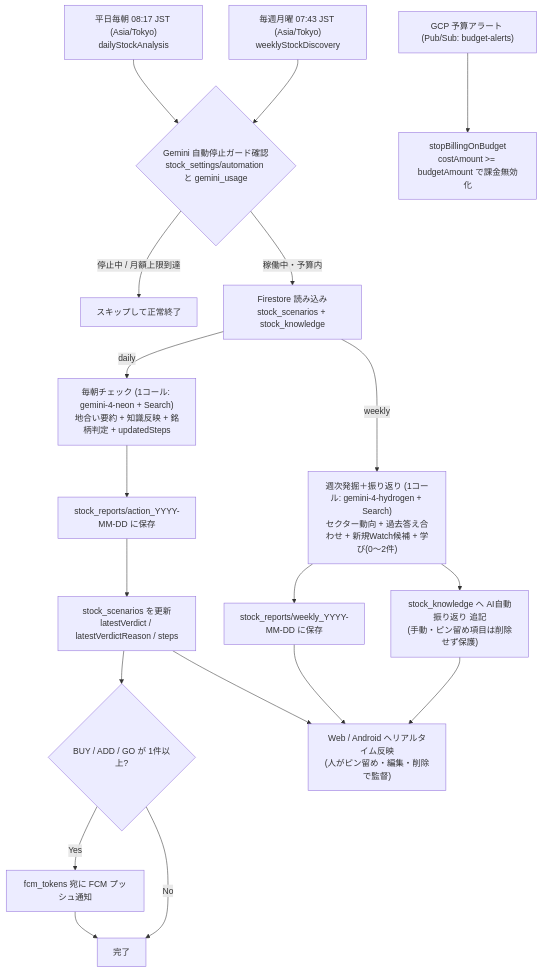
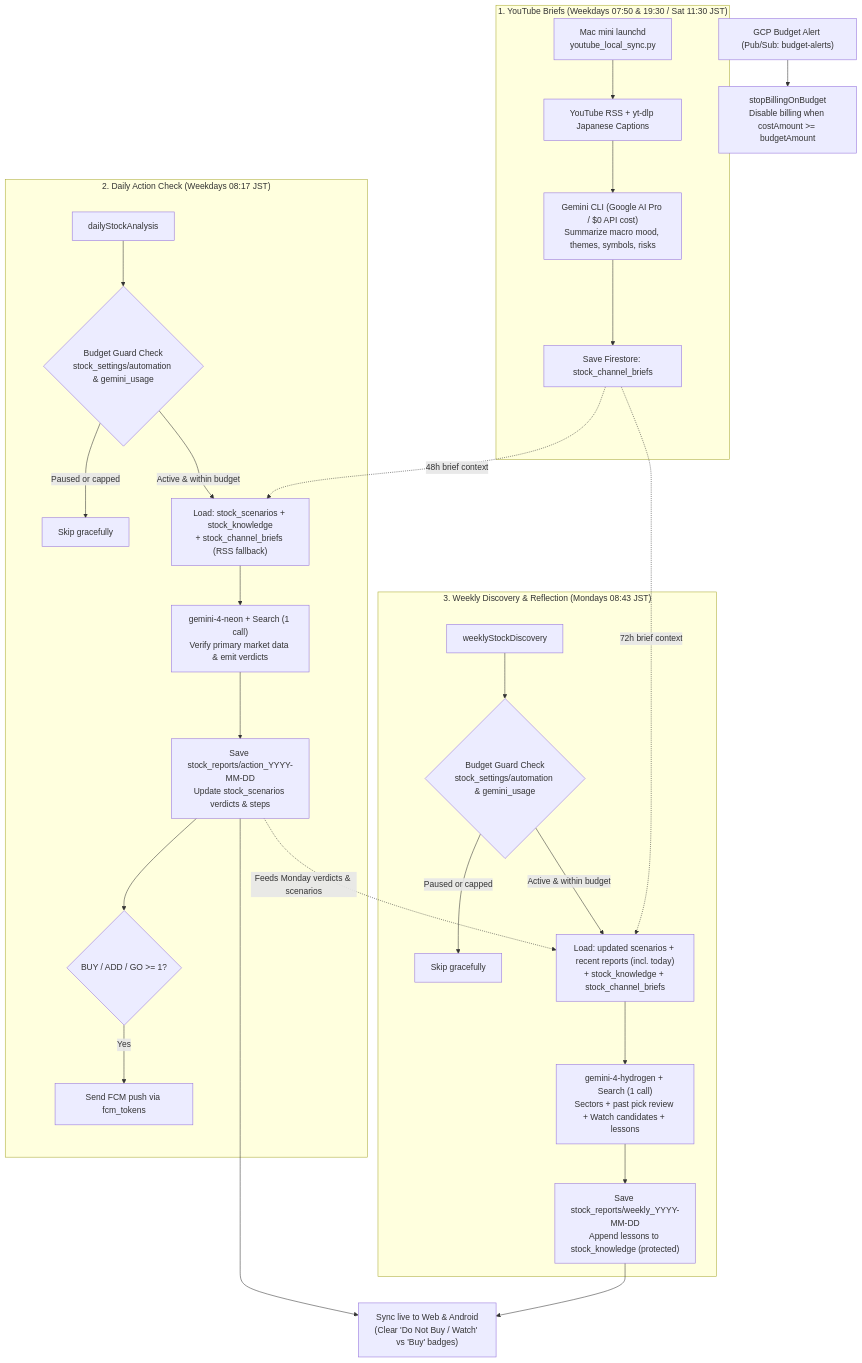
Before and after one commit to t10471/hibi: the diagram in docs/stock-analysis-flow.md, drawn with Mermaid. The commit also changed other lines of this file and 39 other files, not shown here.

Commit message:
feat(stock): integrate local YouTube market sync, clarify WATCH UI, modularize code & add AGENTS guides

````diff
--- a/docs/stock-analysis-flow.md
+++ b/docs/stock-analysis-flow.md
@@ -12,25 +15,35 @@
 ```mermaid
 flowchart TD
-    DailyTrig["平日毎朝 08:17 JST (Asia/Tokyo)\ndailyStockAnalysis"] --> Guard{"Gemini 自動停止ガード確認\nstock_settings/automation と gemini_usage"}
-    WeeklyTrig["毎週月曜 07:43 JST (Asia/Tokyo)\nweeklyStockDiscovery"] --> Guard
+    subgraph S1["1. YouTube Briefs (Weekdays 07:50 & 19:30 / Sat 11:30 JST)"]
+        YTLocal["Mac mini launchd\nyoutube_local_sync.py"] --> YTFetch["YouTube RSS + yt-dlp Japanese Captions"]
+        YTFetch --> GeminiCLI["Gemini CLI (Google AI Pro / $0 API cost)\nSummarize macro mood, themes, symbols, risks"]
+        GeminiCLI --> SaveBriefs["Save Firestore: stock_channel_briefs"]
+    end
 
-    Guard -- "停止中 / 月額上限到達" --> Skip["スキップして正常終了"]
-    Guard -- "稼働中・予算内" --> Load["Firestore 読み込み\nstock_scenarios + stock_knowledge"]
+    subgraph S2["2. Daily Action Check (Weekdays 08:17 JST)"]
+        DailyTrig["dailyStockAnalysis"] --> DailyGuard{"Budget Guard Check\nstock_settings/automation & gemini_usage"}
+        DailyGuard -- "Paused or capped" --> SkipD["Skip gracefully"]
+        DailyGuard -- "Active & within budget" --> DailyLoad["Load: stock_scenarios + stock_knowledge\n+ stock_channel_briefs (RSS fallback)"]
+        DailyLoad --> DailyCall["gemini-4-neon + Search (1 call)\nVerify primary market data & emit verdicts"]
+        DailyCall --> SaveAction["Save stock_reports/action_YYYY-MM-DD\nUpdate stock_scenarios verdicts & steps"]
+        SaveAction --> PushCheck{"BUY / ADD / GO >= 1?"}
+        PushCheck -- "Yes" --> FCM["Send FCM push via fcm_tokens"]
+    end
 
-    Load -- "daily" --> DailyCall["毎朝チェック (1コール: gemini-4-neon + Search)\n地合い要約 + 知識反映 + 銘柄判定 + updatedSteps"]
-    DailyCall --> SaveAction["stock_reports/action_YYYY-MM-DD に保存"]
-    SaveAction --> UpdateScenarios["stock_scenarios を更新\nlatestVerdict / latestVerdictReason / steps"]
-    UpdateScenarios --> PushCheck{"BUY / ADD / GO が 1件以上?"}
-    PushCheck -- "Yes" --> FCM["fcm_tokens 宛に FCM プッシュ通知"]
-    PushCheck -- "No" --> End["完了"]
-    FCM --> End
+    subgraph S3["3. Weekly Discovery & Reflection (Mondays 08:43 JST)"]
+        WeeklyTrig["weeklyStockDiscovery"] --> WeeklyGuard{"Budget Guard Check\nstock_settings/automation & gemini_usage"}
+        WeeklyGuard -- "Paused or capped" --> SkipW["Skip gracefully"]
+        WeeklyGuard -- "Active & within budget" --> WeeklyLoad["Load: updated scenarios + recent reports (incl. today)\n+ stock_knowledge + stock_channel_briefs"]
+        WeeklyLoad --> WeeklyCall["gemini-4-hydrogen + Search (1 call)\nSectors + past pick review + Watch candidates + lessons"]
+        WeeklyCall --> SaveWeekly["Save stock_reports/weekly_YYYY-MM-DD\nAppend lessons to stock_knowledge (protected)"]
+    end
 
-    Load -- "weekly" --> WeeklyCall["週次発掘＋振り返り (1コール: gemini-4-hydrogen + Search)\nセクター動向 + 過去答え合わせ + 新規Watch候補 + 学び(0〜2件)"]
-    WeeklyCall --> SaveWeekly["stock_reports/weekly_YYYY-MM-DD に保存"]
-    WeeklyCall --> SaveKnowledge["stock_knowledge へ AI自動振り返り 追記\n(手動・ピン留め項目は削除せず保護)"]
-    SaveKnowledge --> UI["Web / Android へリアルタイム反映\n(人がピン留め・編集・削除で監督)"]
+    SaveBriefs -. "48h brief context" .-> DailyLoad
+    SaveBriefs -. "72h brief context" .-> WeeklyLoad
+    SaveAction -. "Feeds Monday verdicts & scenarios" .-> WeeklyLoad
+
+    SaveAction --> UI["Sync live to Web & Android\n(Clear 'Do Not Buy / Watch' vs 'Buy' badges)"]
     SaveWeekly --> UI
-    UpdateScenarios --> UI
 
-    BillingBudget["GCP 予算アラート (Pub/Sub: budget-alerts)"] --> StopBilling["stopBillingOnBudget\ncostAmount >= budgetAmount で課金無効化"]
+    BillingBudget["GCP Budget Alert (Pub/Sub: budget-alerts)"] --> StopBilling["stopBillingOnBudget\nDisable billing when costAmount >= budgetAmount"]
 ```
````
